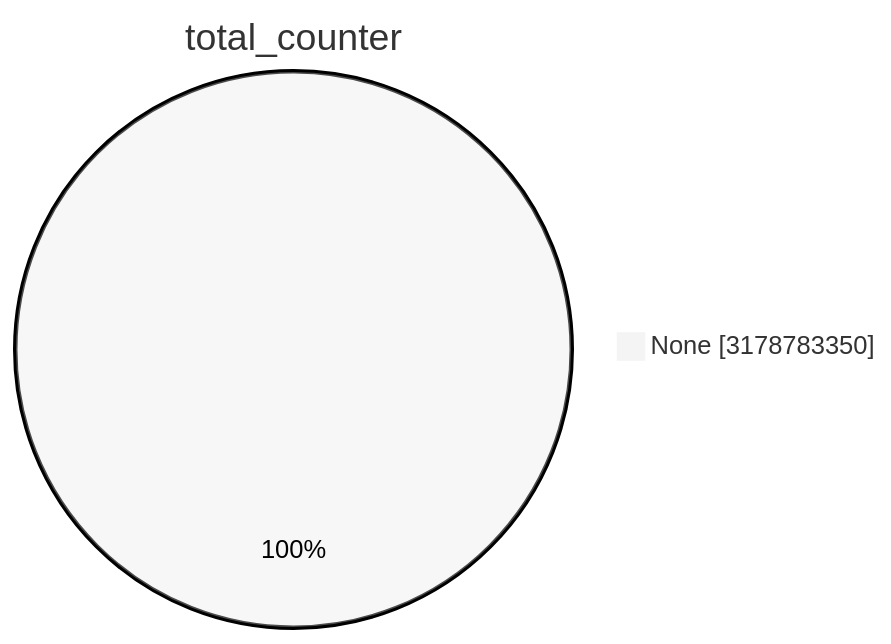
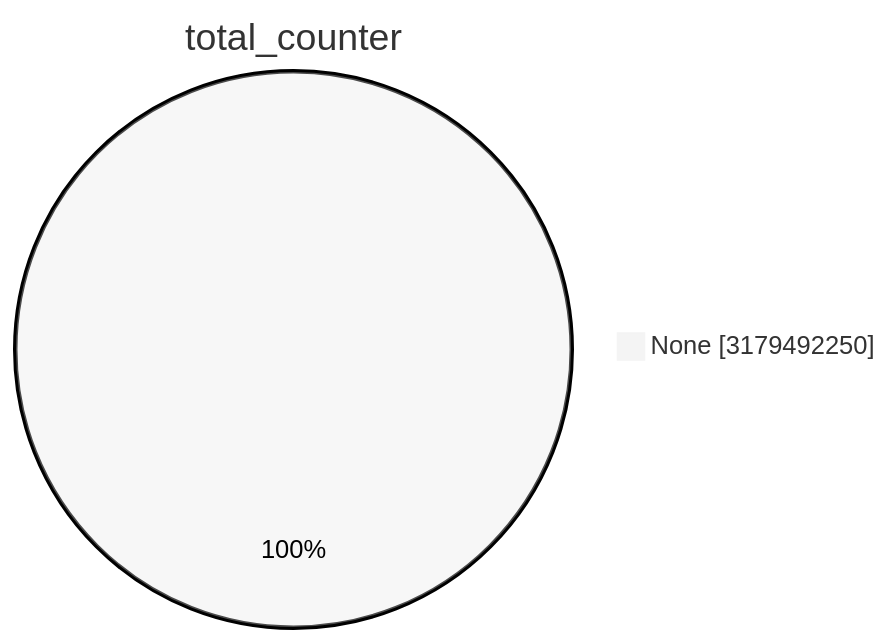
Before and after one commit to christiankrug/ctmonitor_visualization: the first of 15 diagrams in TOTAL/README.md, drawn with Mermaid (neutral theme). The commit also changed other lines of this file, not shown here.

````diff
--- a/TOTAL/README.md
+++ b/TOTAL/README.md
@@ -1,5 +1,5 @@
 ```mermaid
 pie showData
 title total_counter
-"None" :3178783350
+"None" :3179492250
 ```
````
